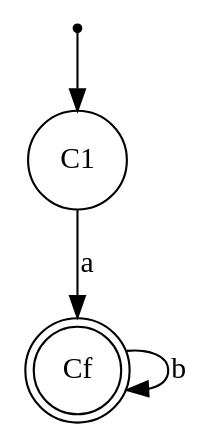
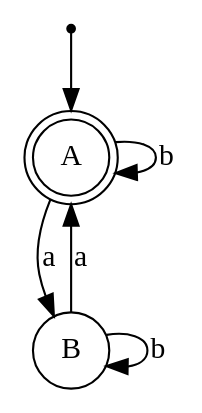
One commit to Caramelo18/COMP-Project changed the diagram in C.dot. Above: the diagram before and after it, drawn with Graphviz. The commit also changed 3 other files, not shown here.

```diff
--- a/C.dot
+++ b/C.dot
@@ -1,9 +1,11 @@
 digraph finite_state_machine {
     node [shape = point ]; Ci;
-    node [shape = doublecircle]; Cf;
+    node [shape = doublecircle]; A;
 
     node [shape = circle];
-    Ci -> C1;
-    C1 -> Cf [ label = "a" ];
-    Cf -> Cf  [ label = "b" ];
+    Ci -> A;
+    A -> B [ label = "a" ];
+    B -> A [ label = "a" ];
+    A -> A [ label = "b" ];
+    B -> B  [ label = "b" ];
 }
```
